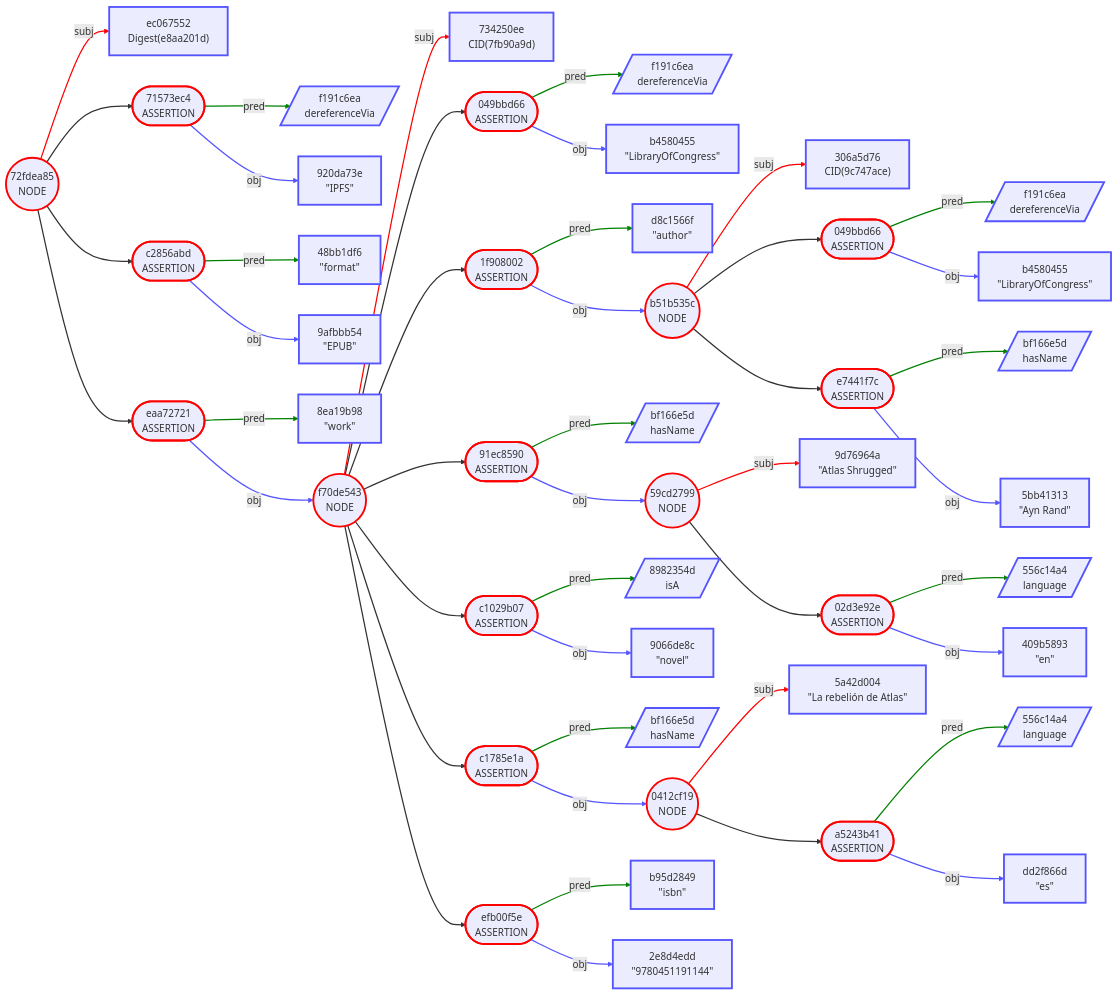
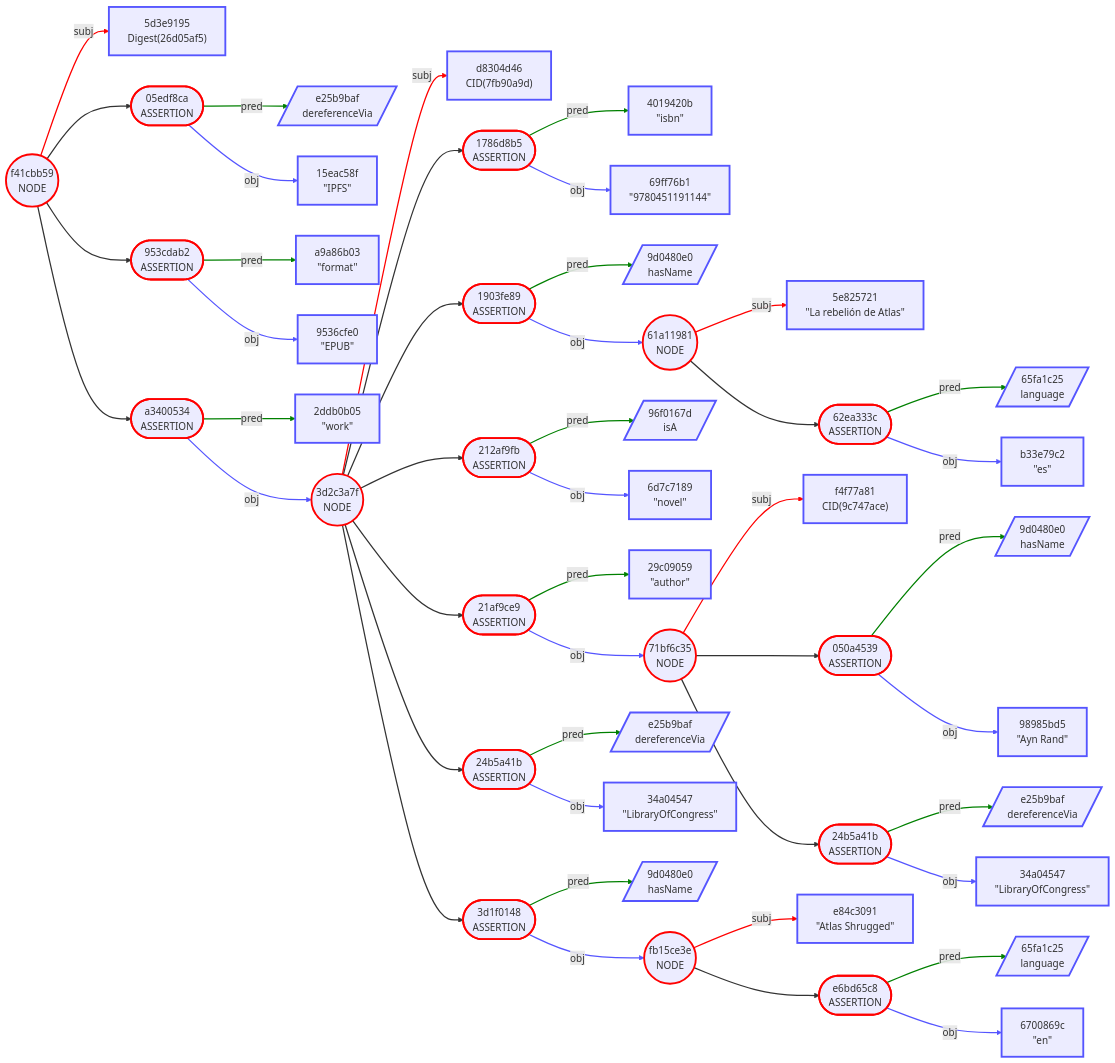
Before and after one commit to BlockchainCommons/Gordian: diagram 19 of 26 in Envelope/OutputFormats.md, drawn with Mermaid. The commit also changed other lines of this file and 6 other files, not shown here.

````diff
--- a/Envelope/OutputFormats.md
+++ b/Envelope/OutputFormats.md
@@ -948,50 +1030,50 @@
 ```mermaid
 graph LR
-    1(("72fdea85<br/>NODE"))
-    2["ec067552<br/>Digest(e8aa201d)"]
-    3(["71573ec4<br/>ASSERTION"])
-    4[/"f191c6ea<br/>dereferenceVia"/]
-    5["920da73e<br/>#quot;IPFS#quot;"]
-    6(["c2856abd<br/>ASSERTION"])
-    7["48bb1df6<br/>#quot;format#quot;"]
-    8["9afbbb54<br/>#quot;EPUB#quot;"]
-    9(["eaa72721<br/>ASSERTION"])
-    10["8ea19b98<br/>#quot;work#quot;"]
-    11(("f70de543<br/>NODE"))
-    12["734250ee<br/>CID(7fb90a9d)"]
-    13(["049bbd66<br/>ASSERTION"])
-    14[/"f191c6ea<br/>dereferenceVia"/]
-    15["b4580455<br/>#quot;LibraryOfCongress#quot;"]
-    16(["1f908002<br/>ASSERTION"])
-    17["d8c1566f<br/>#quot;author#quot;"]
-    18(("b51b535c<br/>NODE"))
-    19["306a5d76<br/>CID(9c747ace)"]
-    20(["049bbd66<br/>ASSERTION"])
-    21[/"f191c6ea<br/>dereferenceVia"/]
-    22["b4580455<br/>#quot;LibraryOfCongress#quot;"]
-    23(["e7441f7c<br/>ASSERTION"])
-    24[/"bf166e5d<br/>hasName"/]
-    25["5bb41313<br/>#quot;Ayn Rand#quot;"]
-    26(["91ec8590<br/>ASSERTION"])
-    27[/"bf166e5d<br/>hasName"/]
-    28(("59cd2799<br/>NODE"))
-    29["9d76964a<br/>#quot;Atlas Shrugged#quot;"]
-    30(["02d3e92e<br/>ASSERTION"])
-    31[/"556c14a4<br/>language"/]
-    32["409b5893<br/>#quot;en#quot;"]
-    33(["c1029b07<br/>ASSERTION"])
-    34[/"8982354d<br/>isA"/]
-    35["9066de8c<br/>#quot;novel#quot;"]
-    36(["c1785e1a<br/>ASSERTION"])
-    37[/"bf166e5d<br/>hasName"/]
-    38(("0412cf19<br/>NODE"))
-    39["5a42d004<br/>#quot;La rebelión de Atlas#quot;"]
-    40(["a5243b41<br/>ASSERTION"])
-    41[/"556c14a4<br/>language"/]
-    42["dd2f866d<br/>#quot;es#quot;"]
-    43(["efb00f5e<br/>ASSERTION"])
-    44["b95d2849<br/>#quot;isbn#quot;"]
-    45["2e8d4edd<br/>#quot;9780451191144#quot;"]
+    1(("f41cbb59<br/>NODE"))
+    2["5d3e9195<br/>Digest(26d05af5)"]
+    3(["05edf8ca<br/>ASSERTION"])
+    4[/"e25b9baf<br/>dereferenceVia"/]
+    5["15eac58f<br/>#quot;IPFS#quot;"]
+    6(["953cdab2<br/>ASSERTION"])
+    7["a9a86b03<br/>#quot;format#quot;"]
+    8["9536cfe0<br/>#quot;EPUB#quot;"]
+    9(["a3400534<br/>ASSERTION"])
+    10["2ddb0b05<br/>#quot;work#quot;"]
+    11(("3d2c3a7f<br/>NODE"))
+    12["d8304d46<br/>CID(7fb90a9d)"]
+    13(["1786d8b5<br/>ASSERTION"])
+    14["4019420b<br/>#quot;isbn#quot;"]
+    15["69ff76b1<br/>#quot;9780451191144#quot;"]
+    16(["1903fe89<br/>ASSERTION"])
+    17[/"9d0480e0<br/>hasName"/]
+    18(("61a11981<br/>NODE"))
+    19["5e825721<br/>#quot;La rebelión de Atlas#quot;"]
+    20(["62ea333c<br/>ASSERTION"])
+    21[/"65fa1c25<br/>language"/]
+    22["b33e79c2<br/>#quot;es#quot;"]
+    23(["212af9fb<br/>ASSERTION"])
+    24[/"96f0167d<br/>isA"/]
+    25["6d7c7189<br/>#quot;novel#quot;"]
+    26(["21af9ce9<br/>ASSERTION"])
+    27["29c09059<br/>#quot;author#quot;"]
+    28(("71bf6c35<br/>NODE"))
+    29["f4f77a81<br/>CID(9c747ace)"]
+    30(["050a4539<br/>ASSERTION"])
+    31[/"9d0480e0<br/>hasName"/]
+    32["98985bd5<br/>#quot;Ayn Rand#quot;"]
+    33(["24b5a41b<br/>ASSERTION"])
+    34[/"e25b9baf<br/>dereferenceVia"/]
+    35["34a04547<br/>#quot;LibraryOfCongress#quot;"]
+    36(["24b5a41b<br/>ASSERTION"])
+    37[/"e25b9baf<br/>dereferenceVia"/]
+    38["34a04547<br/>#quot;LibraryOfCongress#quot;"]
+    39(["3d1f0148<br/>ASSERTION"])
+    40[/"9d0480e0<br/>hasName"/]
+    41(("fb15ce3e<br/>NODE"))
+    42["e84c3091<br/>#quot;Atlas Shrugged#quot;"]
+    43(["e6bd65c8<br/>ASSERTION"])
+    44[/"65fa1c25<br/>language"/]
+    45["6700869c<br/>#quot;en#quot;"]
     1 -->|subj| 2
     1 --> 3
     3 -->|pred| 4
@@ -1013,7 +1095,7 @@
     18 --> 20
     20 -->|pred| 21
     20 -->|obj| 22
-    18 --> 23
+    11 --> 23
     23 -->|pred| 24
     23 -->|obj| 25
     11 --> 26
@@ -1023,17 +1105,17 @@
     28 --> 30
     30 -->|pred| 31
     30 -->|obj| 32
-    11 --> 33
+    28 --> 33
     33 -->|pred| 34
     33 -->|obj| 35
     11 --> 36
     36 -->|pred| 37
     36 -->|obj| 38
-    38 -->|subj| 39
-    38 --> 40
-    40 -->|pred| 41
-    40 -->|obj| 42
-    11 --> 43
+    11 --> 39
+    39 -->|pred| 40
+    39 -->|obj| 41
+    41 -->|subj| 42
+    41 --> 43
     43 -->|pred| 44
     43 -->|obj| 45
     style 1 stroke:red,stroke-width:3.0px
@@ -1073,10 +1155,10 @@
     style 35 stroke:#55f,stroke-width:3.0px
     style 36 stroke:red,stroke-width:3.0px
     style 37 stroke:#55f,stroke-width:3.0px
-    style 38 stroke:red,stroke-width:3.0px
-    style 39 stroke:#55f,stroke-width:3.0px
-    style 40 stroke:red,stroke-width:3.0px
-    style 41 stroke:#55f,stroke-width:3.0px
+    style 38 stroke:#55f,stroke-width:3.0px
+    style 39 stroke:red,stroke-width:3.0px
+    style 40 stroke:#55f,stroke-width:3.0px
+    style 41 stroke:red,stroke-width:3.0px
     style 42 stroke:#55f,stroke-width:3.0px
     style 43 stroke:red,stroke-width:3.0px
     style 44 stroke:#55f,stroke-width:3.0px
@@ -1118,10 +1200,10 @@
     linkStyle 34 stroke-width:2.0px
     linkStyle 35 stroke:green,stroke-width:2.0px
     linkStyle 36 stroke:#55f,stroke-width:2.0px
-    linkStyle 37 stroke:red,stroke-width:2.0px
-    linkStyle 38 stroke-width:2.0px
-    linkStyle 39 stroke:green,stroke-width:2.0px
-    linkStyle 40 stroke:#55f,stroke-width:2.0px
+    linkStyle 37 stroke-width:2.0px
+    linkStyle 38 stroke:green,stroke-width:2.0px
+    linkStyle 39 stroke:#55f,stroke-width:2.0px
+    linkStyle 40 stroke:red,stroke-width:2.0px
     linkStyle 41 stroke-width:2.0px
     linkStyle 42 stroke:green,stroke-width:2.0px
     linkStyle 43 stroke:#55f,stroke-width:2.0px
````
